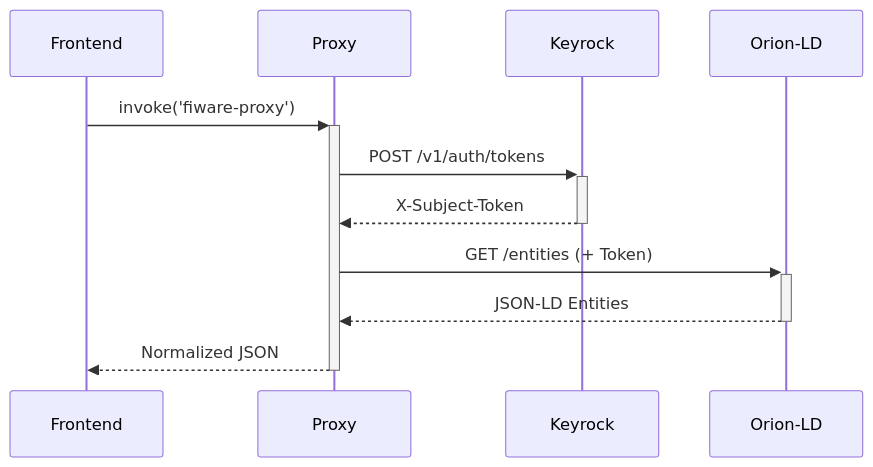
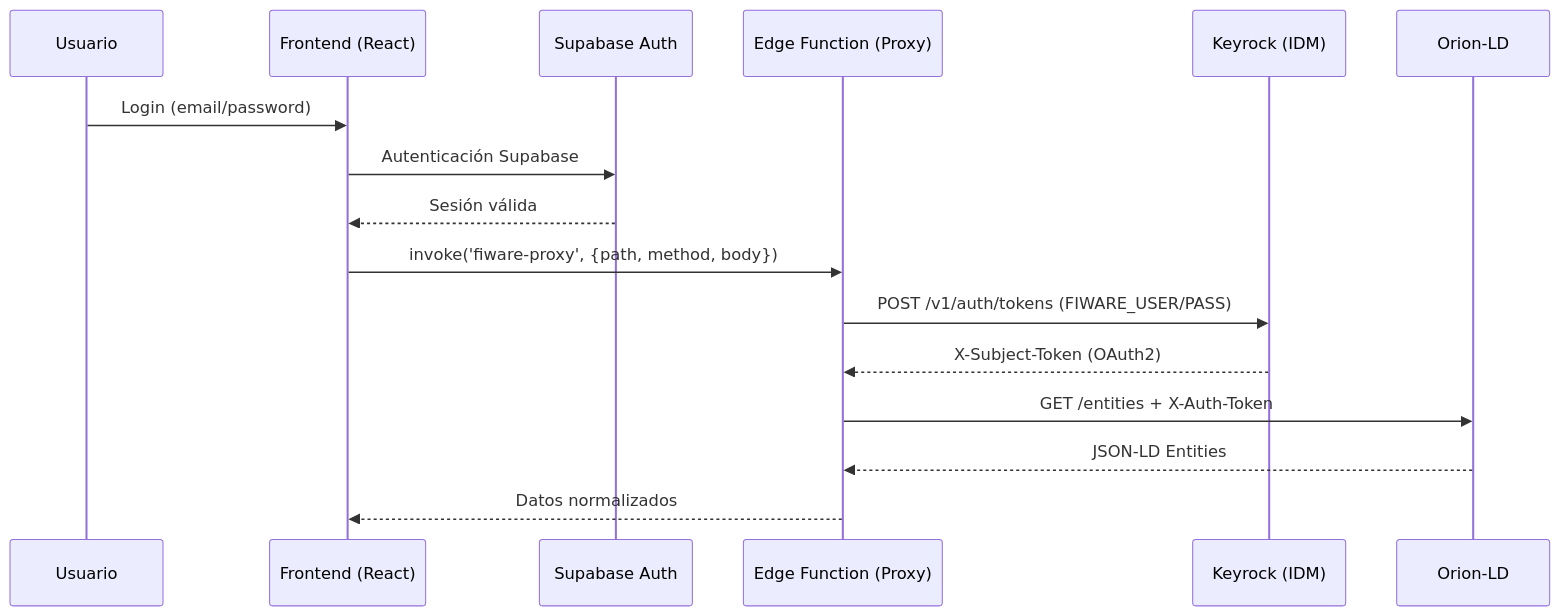
Before and after one commit to Ullswater-Investments/govern-data-stream: the diagram in DEVELOPER_GUIDE.md, drawn with Mermaid. The commit also changed other lines of this file, not shown here.

````diff
--- a/DEVELOPER_GUIDE.md
+++ b/DEVELOPER_GUIDE.md
@@ -31,9 +55,20 @@
 ```mermaid
 sequenceDiagram
-    Frontend->>+Proxy: invoke('fiware-proxy')
-    Proxy->>+Keyrock: POST /v1/auth/tokens
-    Keyrock-->>-Proxy: X-Subject-Token
-    Proxy->>+Orion-LD: GET /entities (+ Token)
-    Orion-LD-->>-Proxy: JSON-LD Entities
-    Proxy-->>-Frontend: Normalized JSON
+    participant U as Usuario
+    participant F as Frontend (React)
+    participant S as Supabase Auth
+    participant P as Edge Function (Proxy)
+    participant K as Keyrock (IDM)
+    participant O as Orion-LD
+    
+    U->>F: Login (email/password)
+    F->>S: Autenticación Supabase
+    S-->>F: Sesión válida
+    
+    F->>P: invoke('fiware-proxy', {path, method, body})
+    P->>K: POST /v1/auth/tokens (FIWARE_USER/PASS)
+    K-->>P: X-Subject-Token (OAuth2)
+    P->>O: GET /entities + X-Auth-Token
+    O-->>P: JSON-LD Entities
+    P-->>F: Datos normalizados
 ```
````
